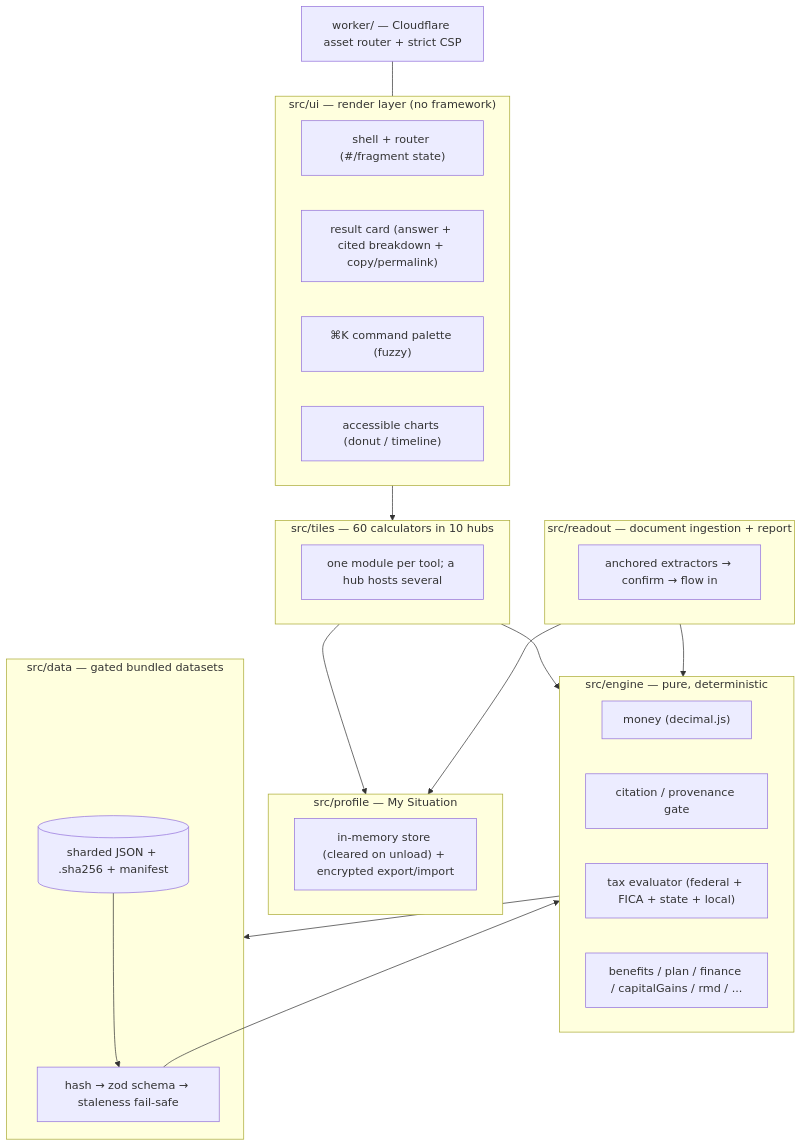
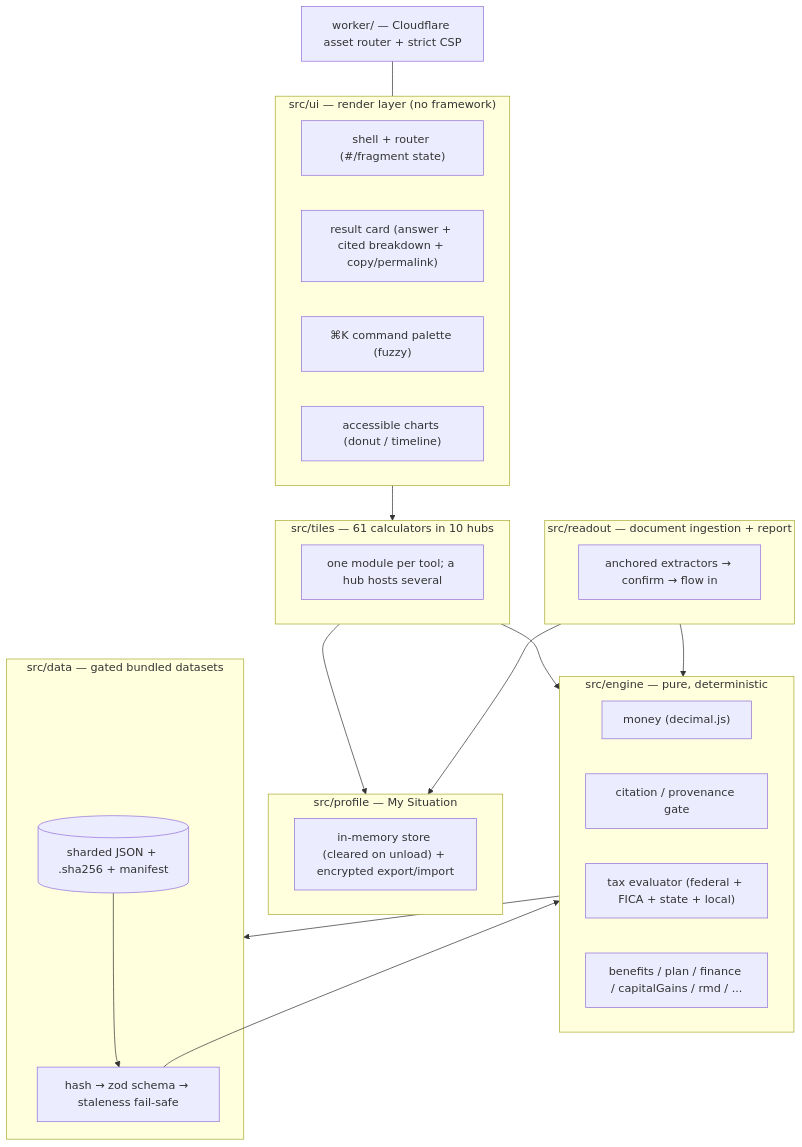
One commit to clay-good/enklayve changed the second of 7 diagrams in README.md. Above: the diagram before and after it, drawn with Mermaid. The commit also changed other lines of this file and 14 other files, not shown here.

````diff
--- a/README.md
+++ b/README.md
@@ -251,36 +267,36 @@
 ```mermaid
 flowchart TD
     subgraph UI["src/ui — render layer (no framework)"]
         SH["shell + router (#/fragment state)"]
         RC["result card (answer + cited breakdown + copy/permalink)"]
         CP["⌘K command palette (fuzzy)"]
         CH["accessible charts (donut / timeline)"]
     end
-    subgraph TILES["src/tiles — 60 calculators in 10 hubs"]
+    subgraph TILES["src/tiles — 61 calculators in 10 hubs"]
         T1["one module per tool; a hub hosts several"]
     end
     subgraph PROFILE["src/profile — My Situation"]
         PS["in-memory store (cleared on unload) + encrypted export/import"]
     end
     subgraph READOUT["src/readout — document ingestion + report"]
         RX["anchored extractors → confirm → flow in"]
     end
     subgraph ENGINE["src/engine — pure, deterministic"]
         MN["money (decimal.js)"]
         CI["citation / provenance gate"]
         TAX["tax evaluator (federal + FICA + state + local)"]
         BEN["benefits / plan / finance / capitalGains / rmd / ..."]
     end
     subgraph DATA["src/data — gated bundled datasets"]
         LO["hash → zod schema → staleness fail-safe"]
         DS[("sharded JSON + .sha256 + manifest")]
     end
     TILES --> ENGINE
     READOUT --> ENGINE
     TILES --> PROFILE
     READOUT --> PROFILE
     UI --> TILES
     ENGINE --> DATA
     DS --> LO --> ENGINE
     WORKER["worker/ — Cloudflare asset router + strict CSP"] --- UI
 ```
````
